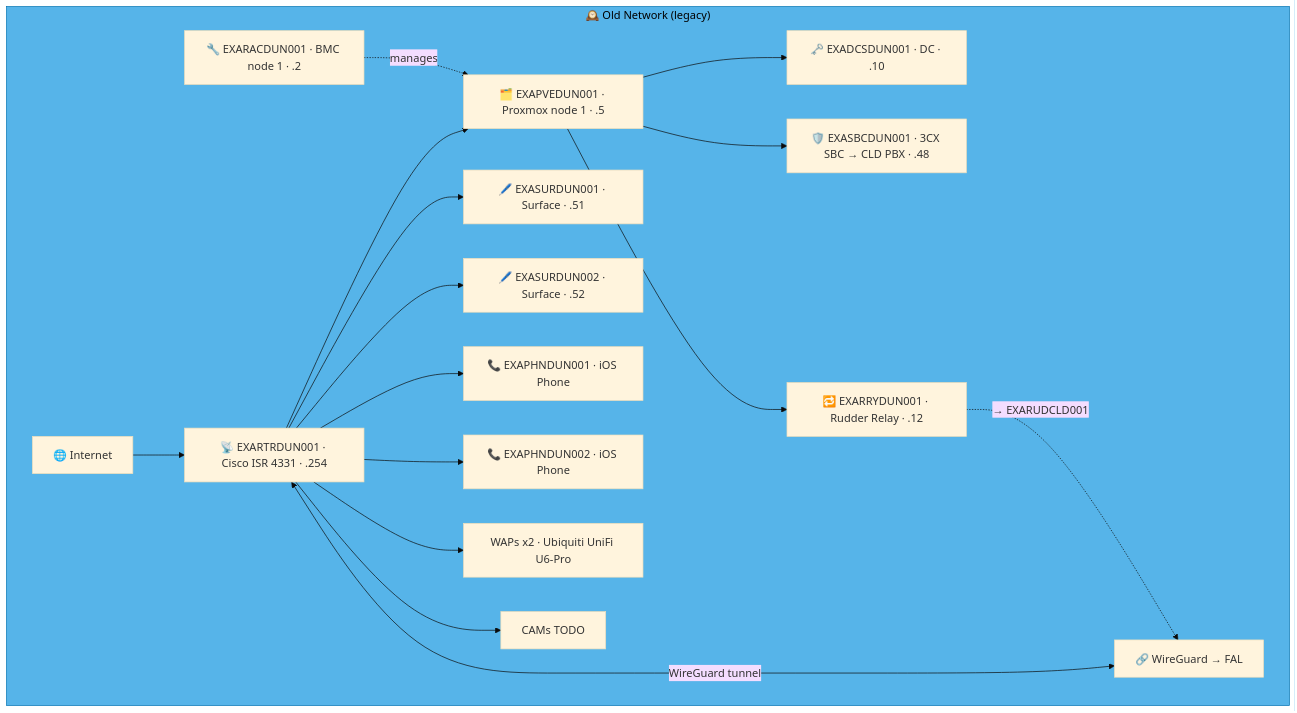
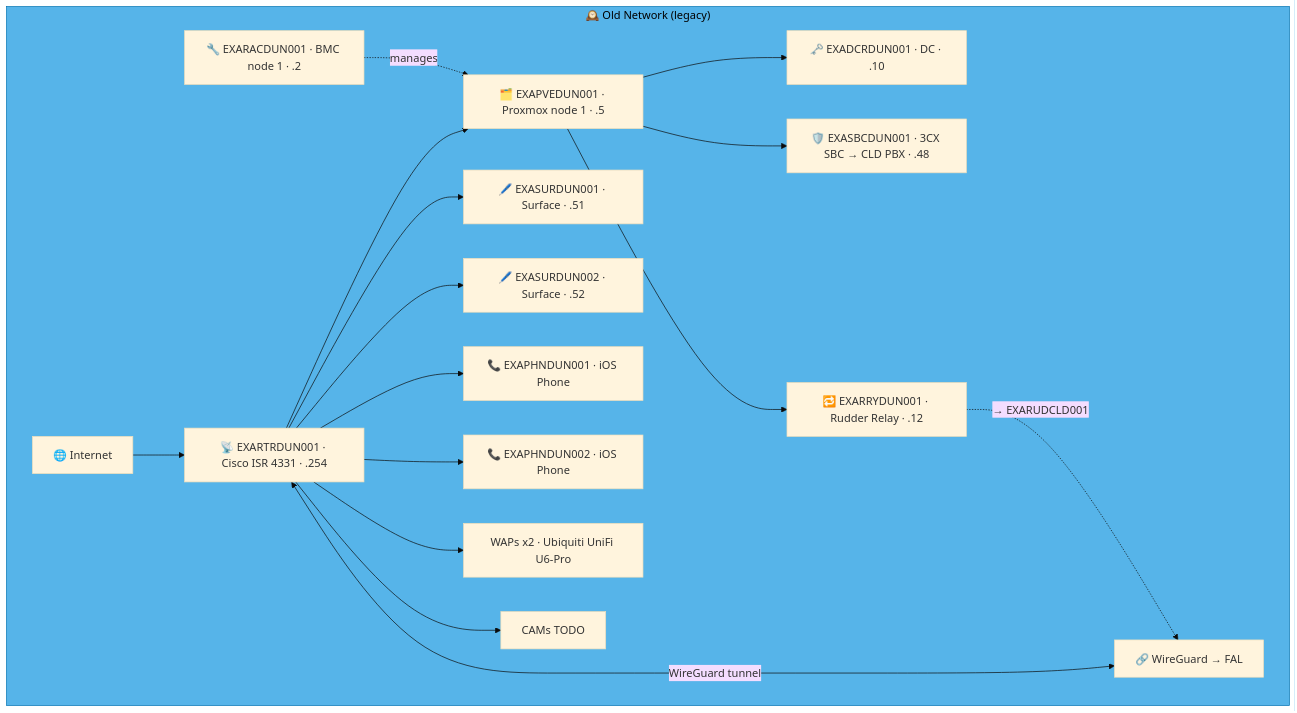
Before and after one commit to knightmare2600/example_music_infra: diagram 14 of 21 in docs/network-diagram/scotland.md, drawn with Mermaid (base theme). The commit also changed other lines of this file and 8 other files, not shown here.

````diff
--- a/docs/network-diagram/scotland.md
+++ b/docs/network-diagram/scotland.md
@@ -851,29 +826,29 @@
 ```mermaid
 graph TD
     subgraph OLD_DUN ["🕰️ Old Network (legacy)"]
       INET["🌐 Internet"]
       RTR["📡 EXARTRDUN001 · Cisco ISR 4331 · .254"]
       RAC["🔧 EXARACDUN001 · BMC node 1 · .2"]
       PVE["🗂️ EXAPVEDUN001 · Proxmox node 1 · .5"]
-      DC["🗝️ EXADCSDUN001 · DC · .10"]
+      DC["🗝️ EXADCRDUN001 · DC · .10"]
       SBC["🛡️ EXASBCDUN001 · 3CX SBC → CLD PBX · .48"]
       RRY["🔁 EXARRYDUN001 · Rudder Relay · .12"]
       SUR1["🖊️ EXASURDUN001 · Surface · .51"]
       SUR2["🖊️ EXASURDUN002 · Surface · .52"]
       PHN1["📞 EXAPHNDUN001 · iOS Phone"]
       PHN2["📞 EXAPHNDUN002 · iOS Phone"]
       WAP["WAPs x2 · Ubiquiti UniFi U6-Pro"]
       CAM["CAMs TODO"]
       VPN["🔗 WireGuard → FAL"]
 
       INET --> RTR --> PVE
       PVE --> DC & SBC
       RAC -.->|"manages"| PVE
       RTR --> SUR1 & SUR2 & PHN1 & PHN2 & WAP & CAM
       RTR <-->|"WireGuard tunnel"| VPN
 
       PVE --> RRY
       RRY -. "→ EXARUDCLD001" .-> VPN
     end
     style OLD_DUN fill:#56B4E9,stroke:#0072B2,color:#000000
 ```
````
